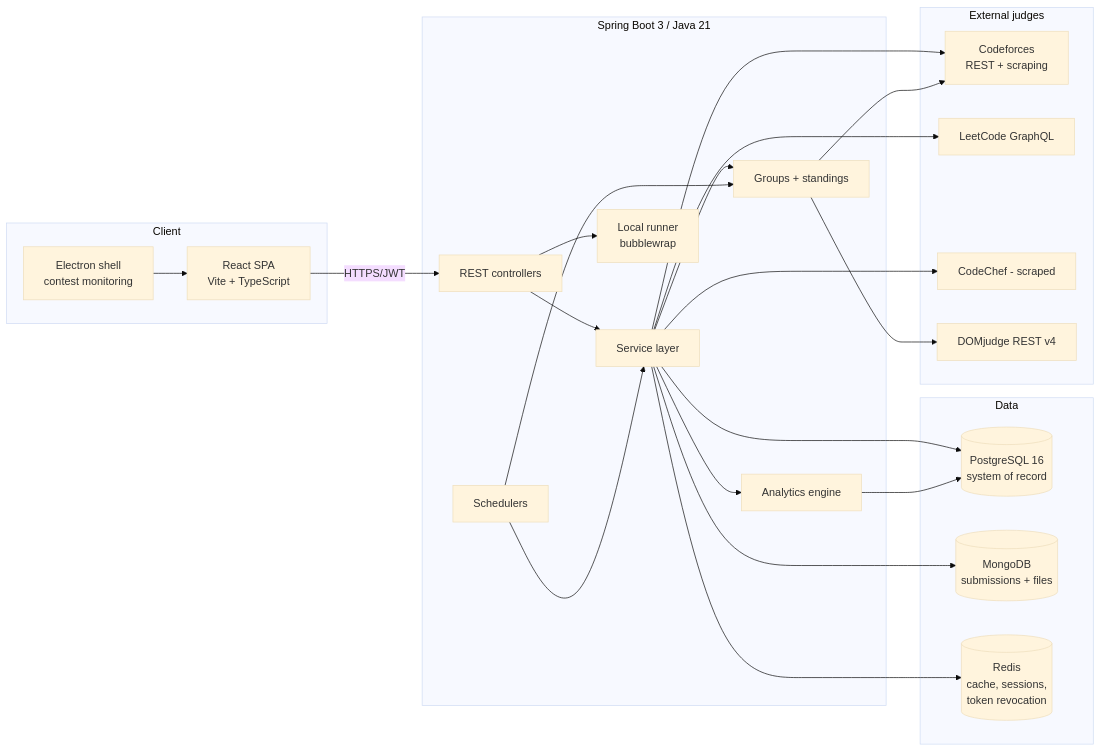
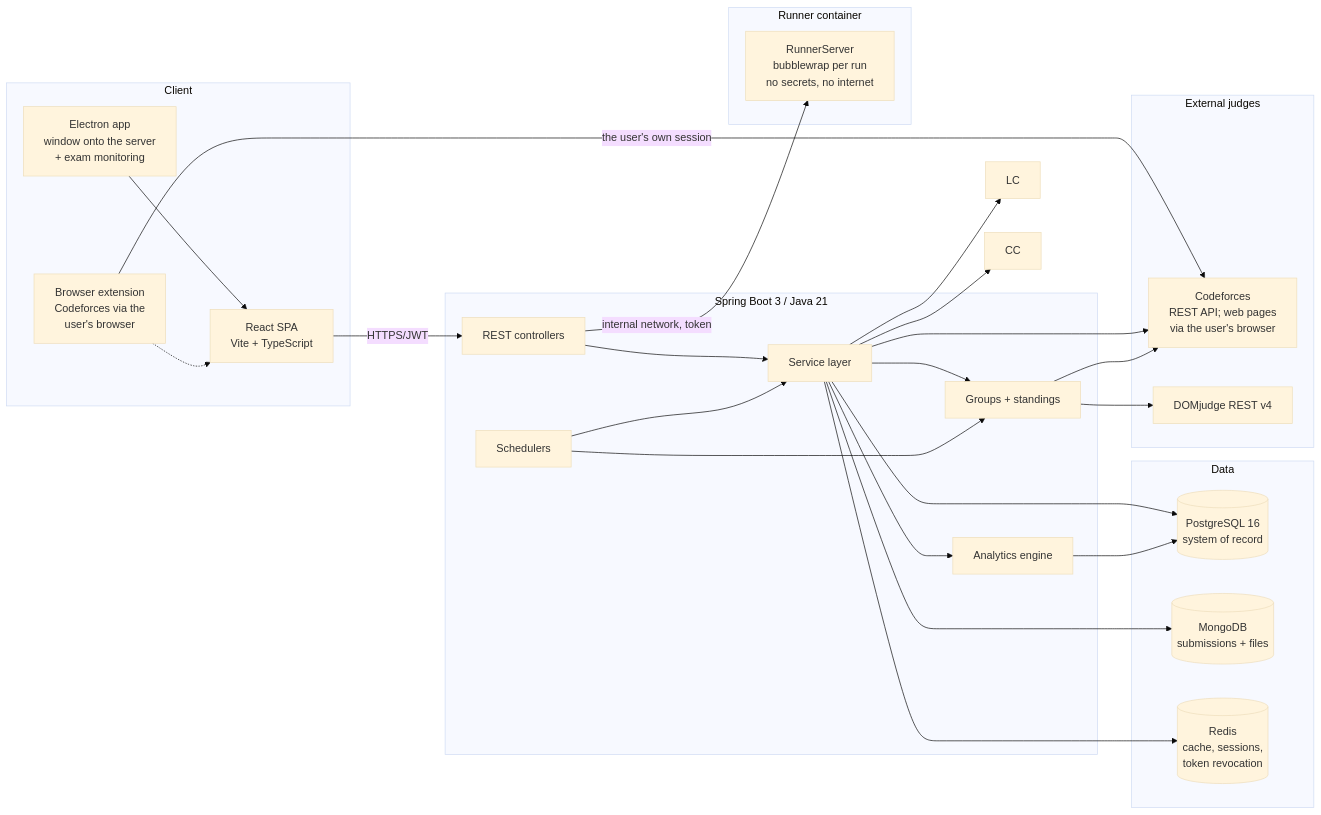
Before and after one commit to ayushtiwari1405/cpintel: the first of 5 diagrams in docs/ARCHITECTURE.md, drawn with Mermaid (base theme). The commit also changed other lines of this file and 198 other files, not shown here.

````diff
--- a/docs/ARCHITECTURE.md
+++ b/docs/ARCHITECTURE.md
@@ -17,47 +17,51 @@
 ```mermaid
 flowchart LR
     subgraph Client
         FE[React SPA<br/>Vite + TypeScript]
-        EL[Electron shell<br/>contest monitoring]
+        EL[Electron app<br/>window onto the server<br/>+ exam monitoring]
+        EXT[Browser extension<br/>Codeforces via the<br/>user's browser]
     end
 
     subgraph Backend [Spring Boot 3 / Java 21]
         API[REST controllers]
         SVC[Service layer]
         ANL[Analytics engine]
         GRP[Groups + standings]
-        RUN[Local runner<br/>bubblewrap]
         SCH[Schedulers]
+    end
+
+    subgraph Runner [Runner container]
+        RUN[RunnerServer<br/>bubblewrap per run<br/>no secrets, no internet]
     end
 
     subgraph Data
         PG[(PostgreSQL 16<br/>system of record)]
         MON[(MongoDB<br/>submissions + files)]
         RED[(Redis<br/>cache, sessions,<br/>token revocation)]
     end
 
     subgraph Judges [External judges]
-        CF[Codeforces<br/>REST + scraping]
-        LC[LeetCode GraphQL]
-        CC[CodeChef - scraped]
+        CF[Codeforces<br/>REST API; web pages<br/>via the user's browser]
         DJ[DOMjudge REST v4]
     end
 
     EL --> FE
+    EXT -.-> FE
+    EXT -- the user's own session --> CF
     FE -- HTTPS/JWT --> API
     API --> SVC
-    API --> RUN
+    API -- internal network, token --> RUN
     SVC --> ANL
     SVC --> GRP
     SVC --> PG
     SVC --> MON
     SVC --> RED
     ANL --> PG
     SCH --> SVC
     SCH --> GRP
     SVC --> CF
     SVC --> LC
     SVC --> CC
     GRP --> CF
     GRP --> DJ
 ```
````
